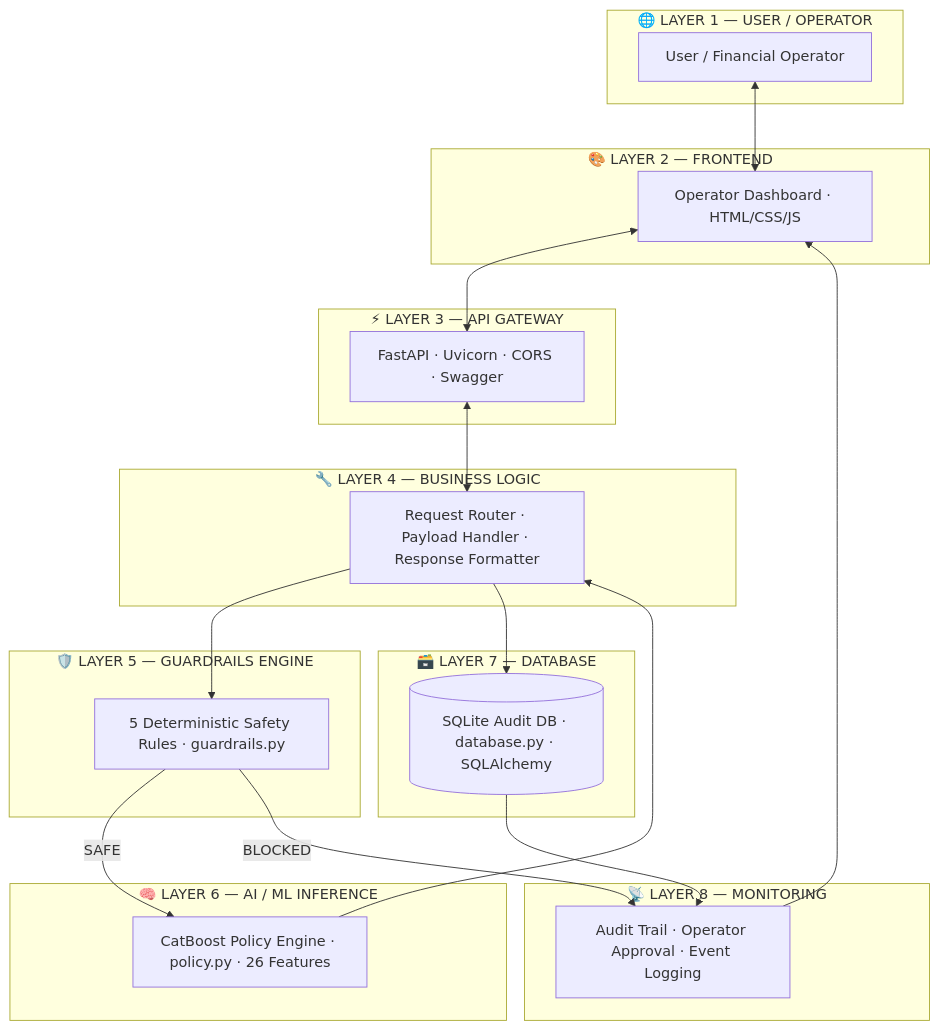
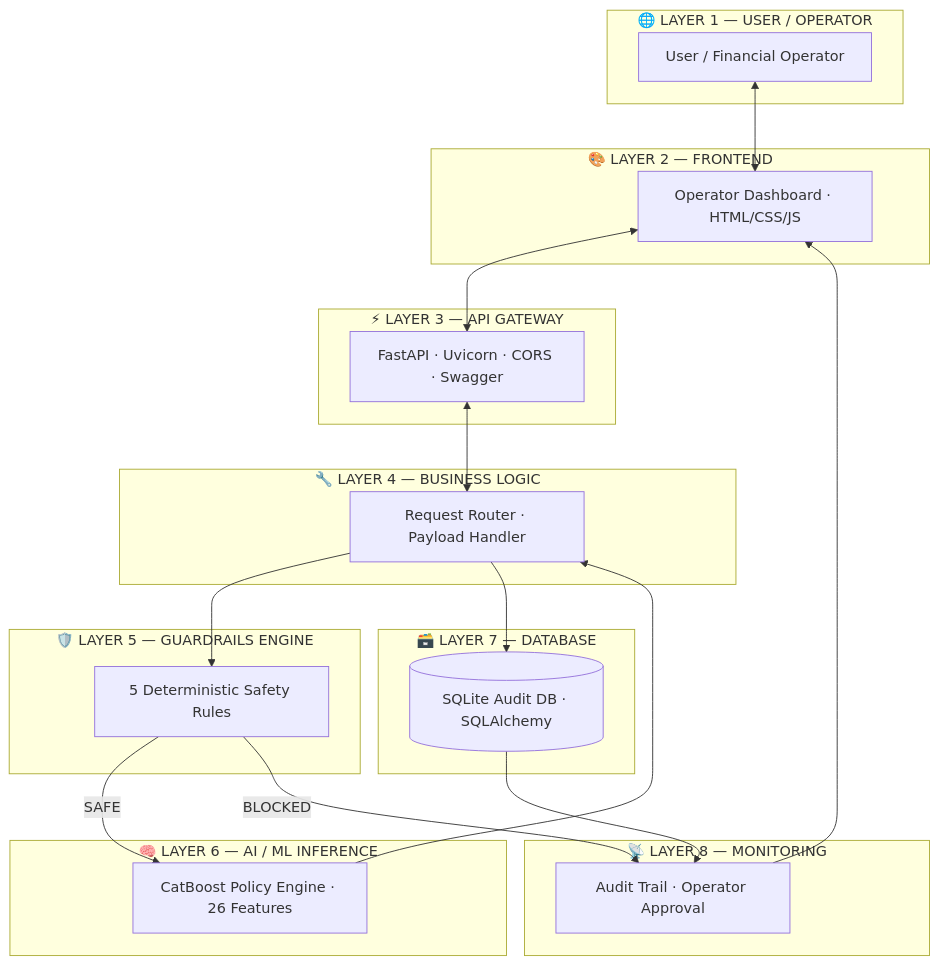
The diagram in README.md (viRAJ357/RecoverAI-Guardrails), drawn with Mermaid before and after one commit. The commit also changed other lines of this file and 7 other files, not shown here.

Commit message:
feat: Full colorful rainbow SVG diagrams + animated typing README

````diff
--- a/README.md
+++ b/README.md
@@ -177,38 +176,37 @@
 ```mermaid
 graph TB
     subgraph "🌐 LAYER 1 — USER / OPERATOR"
         U[User / Financial Operator]
     end
     subgraph "🎨 LAYER 2 — FRONTEND"
         FE[Operator Dashboard · HTML/CSS/JS]
     end
     subgraph "⚡ LAYER 3 — API GATEWAY"
         API[FastAPI · Uvicorn · CORS · Swagger]
     end
     subgraph "🔧 LAYER 4 — BUSINESS LOGIC"
-        BL[Request Router · Payload Handler · Response Formatter]
+        BL[Request Router · Payload Handler]
     end
     subgraph "🛡️ LAYER 5 — GUARDRAILS ENGINE"
-        GR[5 Deterministic Safety Rules · guardrails.py]
+        GR[5 Deterministic Safety Rules]
     end
     subgraph "🧠 LAYER 6 — AI / ML INFERENCE"
-        ML[CatBoost Policy Engine · policy.py · 26 Features]
+        ML[CatBoost Policy Engine · 26 Features]
     end
     subgraph "🗃️ LAYER 7 — DATABASE"
-        DB[(SQLite Audit DB · database.py · SQLAlchemy)]
+        DB[(SQLite Audit DB · SQLAlchemy)]
     end
     subgraph "📡 LAYER 8 — MONITORING"
-        MON[Audit Trail · Operator Approval · Event Logging]
+        MON[Audit Trail · Operator Approval]
     end
-
     U <--> FE
     FE <--> API
     API <--> BL
     BL --> GR
     GR -->|SAFE| ML
     GR -->|BLOCKED| MON
     ML --> BL
     BL --> DB
     DB --> MON
     MON --> FE
 ```
````
